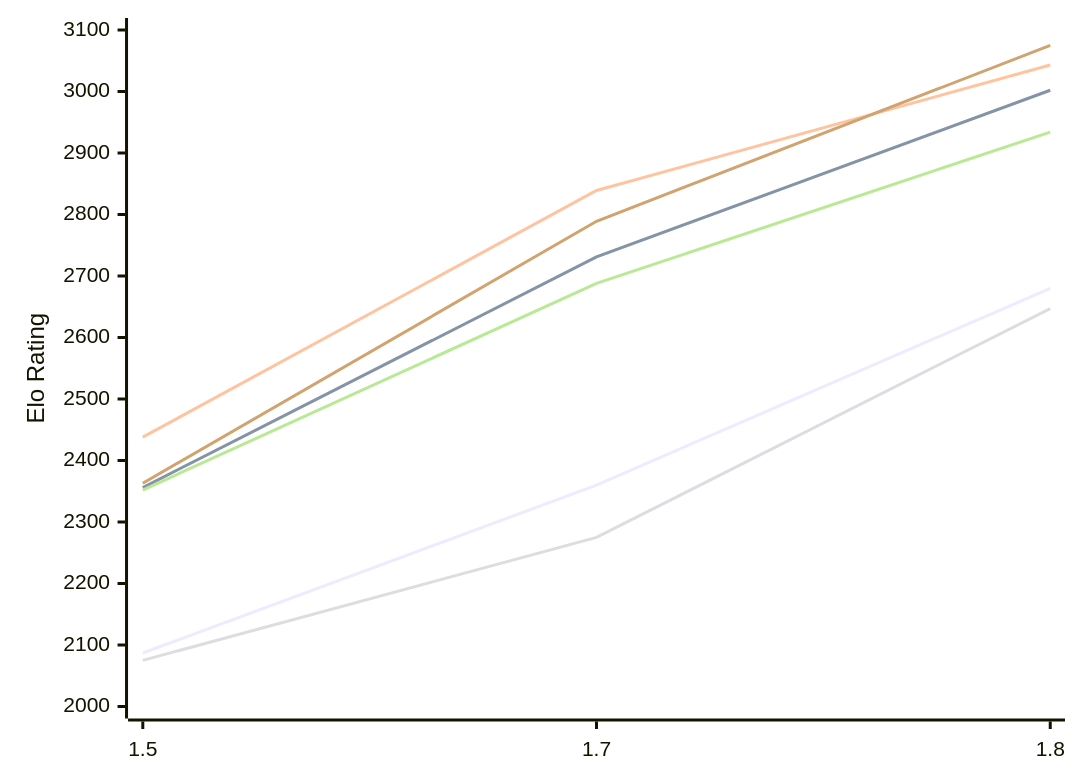
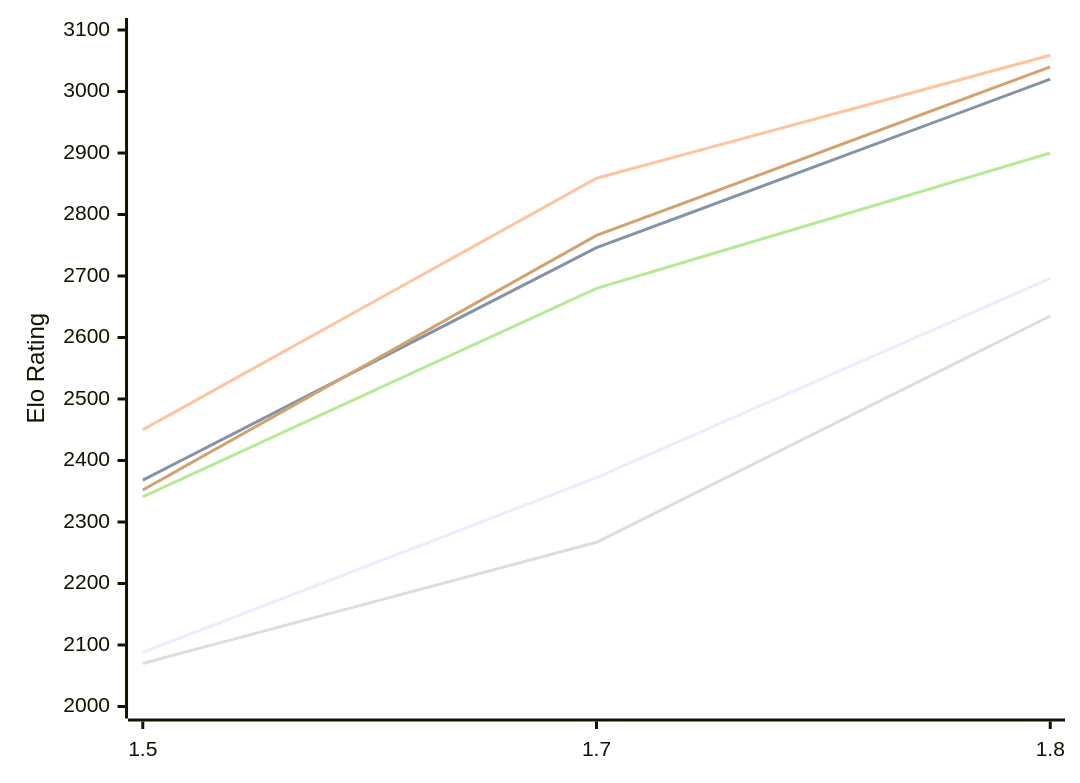
The first of 2 diagrams in engines/Facon.md (computer-chess-index/cci), drawn with Mermaid before and after one commit. The commit also changed other lines of this file, not shown here.

Commit message:
Update CCI Ratings (ELO VLTC) - 2026-11-14

````diff
--- a/engines/Facon.md
+++ b/engines/Facon.md
@@ -54,12 +54,12 @@
 ```mermaid
 %%{init: {"theme":"base","themeVariables":{"seriesColors:['#a3a3a3','#222221','#faa371']}}}%%
 xychart-beta
   x-axis ["1.5", "1.7", "1.8"]
   y-axis "Elo Rating" 2000 --> 3100
-  line "E1: STC (8.0+0.08s)" [2087, 2360, 2680]
-  line "E1: LTC (60.0+0.60s)" [2356, 2731, 3002]
-  line "E1: VLTC (2m24s+1.12s)" [2438, 2839, 3043]
-  line "P1: STC (8.0+0.08s)" [2075, 2275, 2647]
-  line "P1: LTC (60.0+0.60s)" [2352, 2688, 2934]
-  line "P1: VLTC (2m24s+1.12s)" [2363, 2789, 3075]
+  line "E1: STC (8.0+0.08s)" [2088, 2372, 2696]
+  line "E1: LTC (60.0+0.60s)" [2368, 2746, 3020]
+  line "E1: VLTC (2m24s+1.12s)" [2450, 2859, 3059]
+  line "P1: STC (8.0+0.08s)" [2070, 2267, 2635]
+  line "P1: LTC (60.0+0.60s)" [2341, 2680, 2900]
+  line "P1: VLTC (2m24s+1.12s)" [2352, 2766, 3040]
 ```
````
